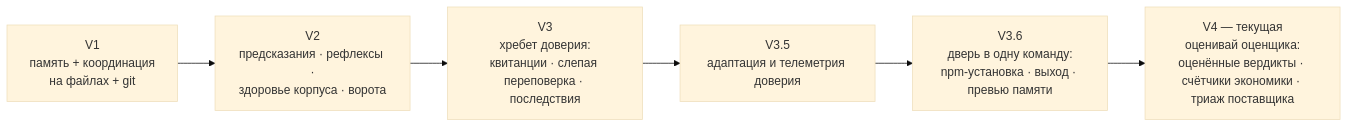
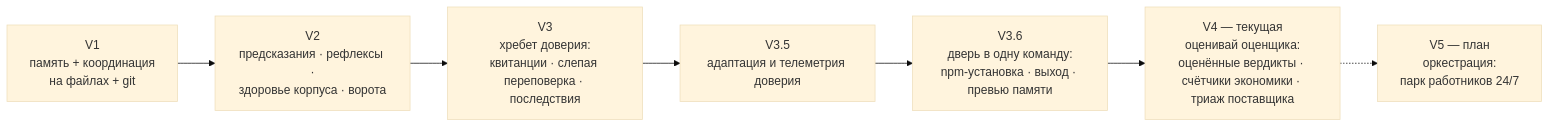
Before and after one commit to sma-framework/sma: diagram 24 of 24 in README.ru.md, drawn with Mermaid (base theme). The commit also changed other lines of this file and 1 other file, not shown here.

First line of the commit message:
docs: V5 roadmap — orchestration, a 24/7 worker fleet (planned next + version graph)

````diff
--- a/README.ru.md
+++ b/README.ru.md
@@ -948,8 +948,9 @@
 ```mermaid
 flowchart LR
     V1["V1<br>память + координация<br>на файлах + git"] --> V2["V2<br>предсказания · рефлексы ·<br>здоровье корпуса · ворота"]
     V2 --> V3["V3<br>хребет доверия:<br>квитанции · слепая переповерка · последствия"]
     V3 --> V35["V3.5<br>адаптация и телеметрия доверия"]
     V35 --> V36["V3.6<br>дверь в одну команду:<br>npm-установка · выход · превью памяти"]
     V36 --> V4["V4 — текущая<br>оценивай оценщика:<br>оценённые вердикты · счётчики экономики · триаж поставщика"]
+    V4 -.-> V5["V5 — план<br>оркестрация:<br>парк работников 24/7"]
 ```
````
